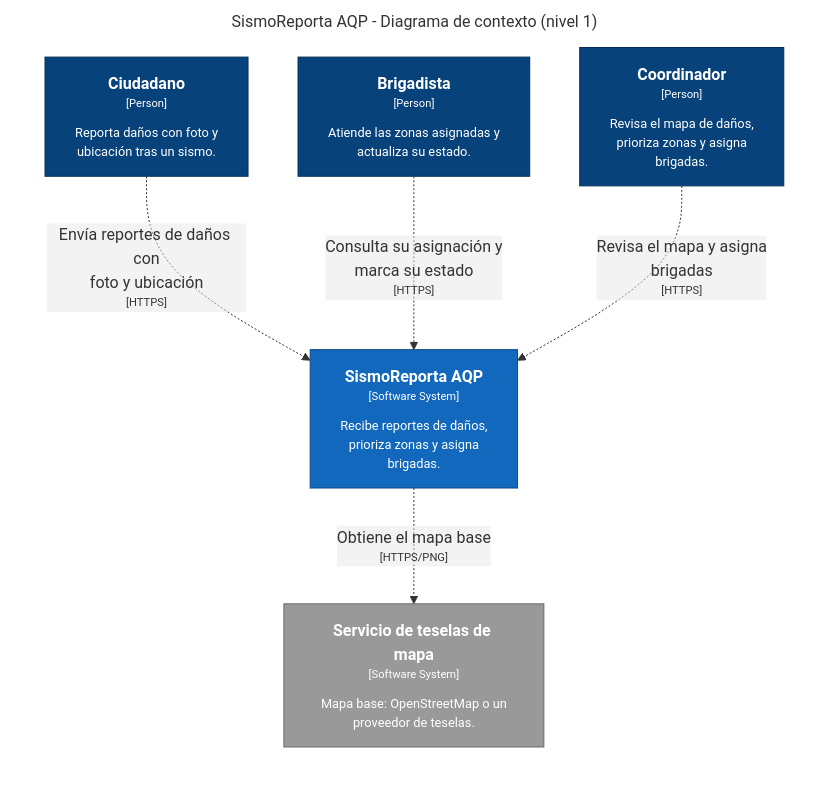
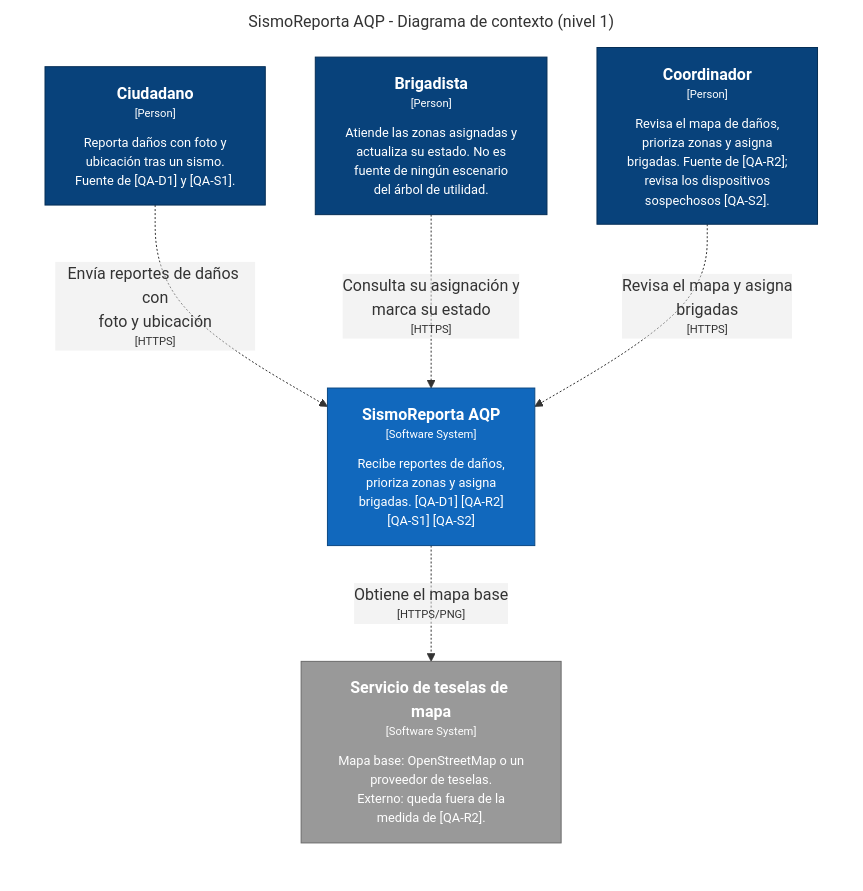
The third of 3 diagrams in README.md (DavidOliva06/cs-2026b-lab04-grupo06), drawn with Mermaid before and after one commit. The commit also changed other lines of this file and 5 other files, not shown here.

First line of the commit message:
Lab 08: correcciones tras la revisión del informe

````diff
--- a/README.md
+++ b/README.md
@@ -156,25 +156,25 @@
 ```mermaid
 graph LR
   linkStyle default fill:#ffffff
 
   subgraph diagram ["SismoReporta AQP - Diagrama de contexto (nivel 1)"]
     style diagram fill:#ffffff,stroke:#ffffff
 
-    1["<div style='font-weight: bold'>Ciudadano</div><div style='font-size: 70%; margin-top: 0px'>[Person]</div><div style='font-size: 80%; margin-top:10px'>Reporta daños con foto y<br />ubicación tras un sismo.</div>"]
+    1["<div style='font-weight: bold'>Ciudadano</div><div style='font-size: 70%; margin-top: 0px'>[Person]</div><div style='font-size: 80%; margin-top:10px'>Reporta daños con foto y<br />ubicación tras un sismo.<br />Fuente de [QA-D1] y [QA-S1].</div>"]
     style 1 fill:#08427b,stroke:#052e56,color:#ffffff
-    15["<div style='font-weight: bold'>Servicio de teselas de mapa</div><div style='font-size: 70%; margin-top: 0px'>[Software System]</div><div style='font-size: 80%; margin-top:10px'>Mapa base: OpenStreetMap o un<br />proveedor de teselas.</div>"]
-    style 15 fill:#999999,stroke:#6b6b6b,color:#ffffff
-    2["<div style='font-weight: bold'>Brigadista</div><div style='font-size: 70%; margin-top: 0px'>[Person]</div><div style='font-size: 80%; margin-top:10px'>Atiende las zonas asignadas y<br />actualiza su estado.</div>"]
+    16["<div style='font-weight: bold'>Servicio de teselas de mapa</div><div style='font-size: 70%; margin-top: 0px'>[Software System]</div><div style='font-size: 80%; margin-top:10px'>Mapa base: OpenStreetMap o un<br />proveedor de teselas.<br />Externo: queda fuera de la<br />medida de [QA-R2].</div>"]
+    style 16 fill:#999999,stroke:#6b6b6b,color:#ffffff
+    2["<div style='font-weight: bold'>Brigadista</div><div style='font-size: 70%; margin-top: 0px'>[Person]</div><div style='font-size: 80%; margin-top:10px'>Atiende las zonas asignadas y<br />actualiza su estado. No es<br />fuente de ningún escenario<br />del árbol de utilidad.</div>"]
     style 2 fill:#08427b,stroke:#052e56,color:#ffffff
-    3["<div style='font-weight: bold'>Coordinador</div><div style='font-size: 70%; margin-top: 0px'>[Person]</div><div style='font-size: 80%; margin-top:10px'>Revisa el mapa de daños,<br />prioriza zonas y asigna<br />brigadas.</div>"]
+    3["<div style='font-weight: bold'>Coordinador</div><div style='font-size: 70%; margin-top: 0px'>[Person]</div><div style='font-size: 80%; margin-top:10px'>Revisa el mapa de daños,<br />prioriza zonas y asigna<br />brigadas. Fuente de [QA-R2];<br />revisa los dispositivos<br />sospechosos [QA-S2].</div>"]
     style 3 fill:#08427b,stroke:#052e56,color:#ffffff
-    4["<div style='font-weight: bold'>SismoReporta AQP</div><div style='font-size: 70%; margin-top: 0px'>[Software System]</div><div style='font-size: 80%; margin-top:10px'>Recibe reportes de daños,<br />prioriza zonas y asigna<br />brigadas.</div>"]
+    4["<div style='font-weight: bold'>SismoReporta AQP</div><div style='font-size: 70%; margin-top: 0px'>[Software System]</div><div style='font-size: 80%; margin-top:10px'>Recibe reportes de daños,<br />prioriza zonas y asigna<br />brigadas. [QA-D1] [QA-R2]<br />[QA-S1] [QA-S2]</div>"]
     style 4 fill:#1168bd,stroke:#0b4884,color:#ffffff
 
     1-. "<div>Envía reportes de daños con<br />foto y ubicación</div><div style='font-size: 70%'>[HTTPS]</div>" .->4
     2-. "<div>Consulta su asignación y<br />marca su estado</div><div style='font-size: 70%'>[HTTPS]</div>" .->4
     3-. "<div>Revisa el mapa y asigna<br />brigadas</div><div style='font-size: 70%'>[HTTPS]</div>" .->4
-    4-. "<div>Obtiene el mapa base</div><div style='font-size: 70%'>[HTTPS/PNG]</div>" .->15
+    4-. "<div>Obtiene el mapa base</div><div style='font-size: 70%'>[HTTPS/PNG]</div>" .->16
 
   end
 ```
````
